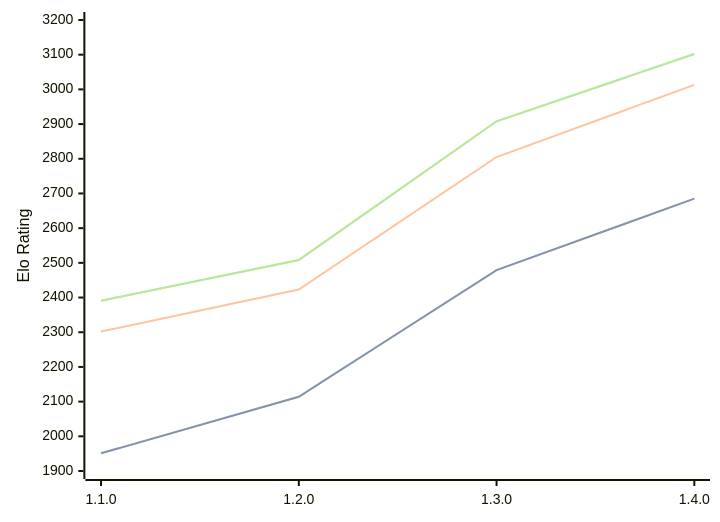
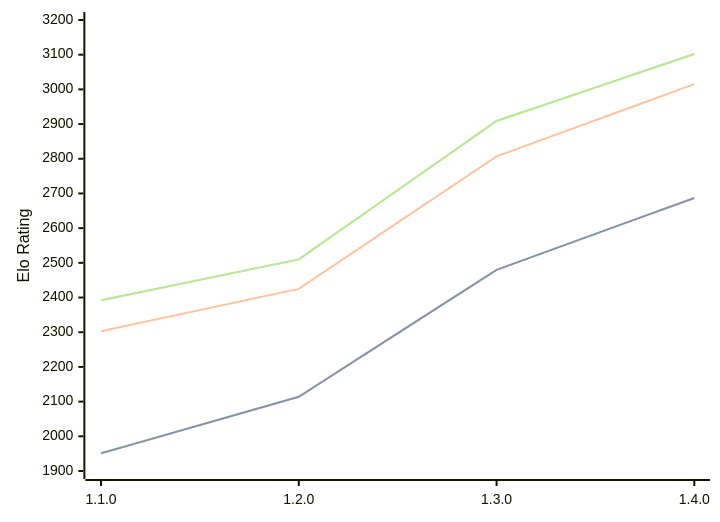
Before and after one commit to computer-chess-index/cci: the diagram in engines/Gyatso.md, drawn with Mermaid. The commit also changed other lines of this file, not shown here.

Commit message:
Update CCI Ratings (ELO VLTC) - 2026-07-23

````diff
--- a/engines/Gyatso.md
+++ b/engines/Gyatso.md
@@ -35,11 +35,11 @@
 ```mermaid
 %%{init: {"theme":"base","themeVariables":{"seriesColors:['#a3a3a3','#222221','#faa371']}}}%%
 xychart-beta
   x-axis ["1.1.0", "1.2.0", "1.3.0", "1.4.0"]
   y-axis "Elo Rating" 1900 --> 3200
-  line "STC (8.0+0.08s)" [1951, 2114, 2479, 2685]
-  line "STC (8.0+0.08s)" [1951, 2114, 2479, 2685]
-  line "LTC (60.0+0.60s)" [2302, 2423, 2805, 3013]
-  line "VLTC (2m24s+1.12s)" [2391, 2508, 2908, 3102]
-  line "VLTC (2m24s+1.12s)" [2391, 2508, 2908, 3102]
+  line "STC (8.0+0.08s)" [1951, 2114, 2480, 2687]
+  line "STC (8.0+0.08s)" [1951, 2114, 2480, 2687]
+  line "LTC (60.0+0.60s)" [2303, 2425, 2807, 3015]
+  line "VLTC (2m24s+1.12s)" [2392, 2510, 2909, 3102]
+  line "VLTC (2m24s+1.12s)" [2392, 2510, 2909, 3102]
 ```
````
